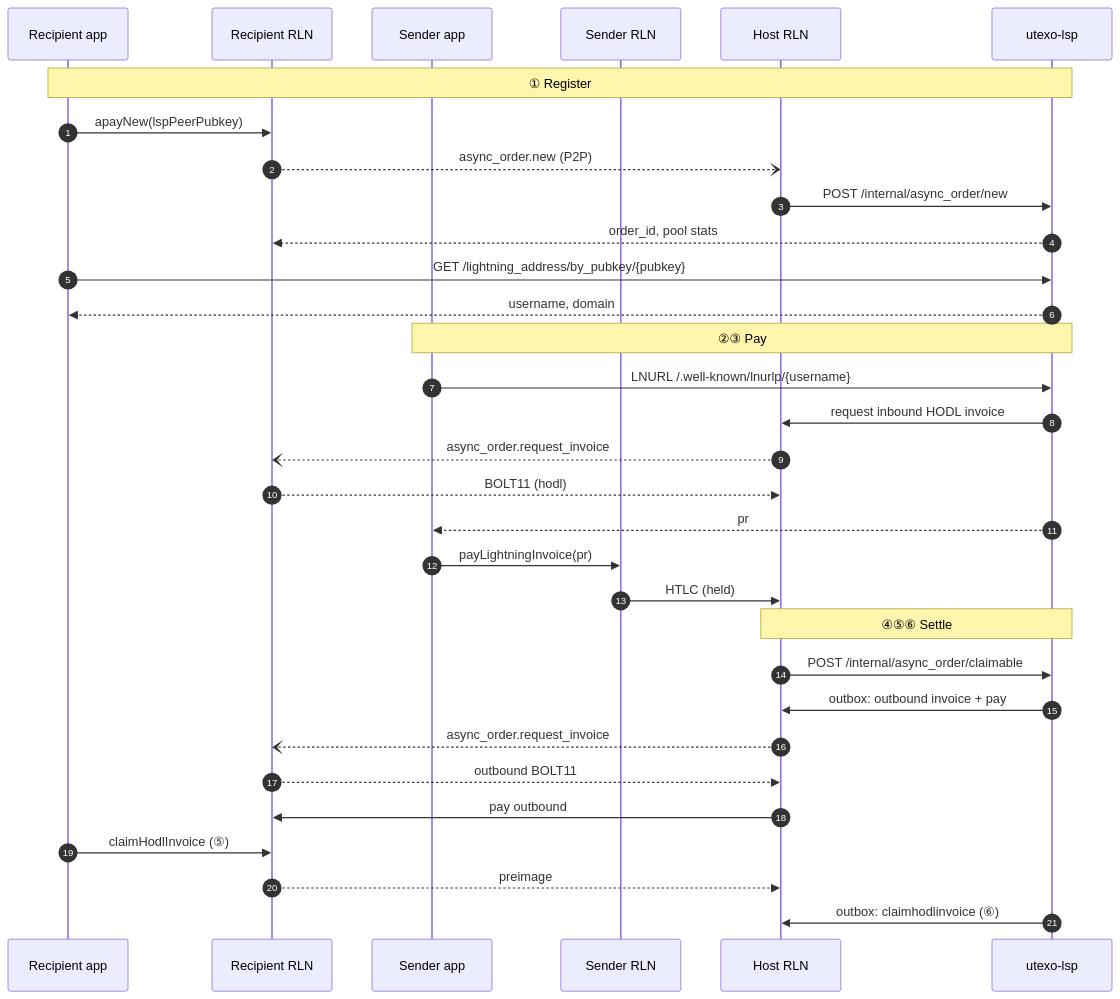
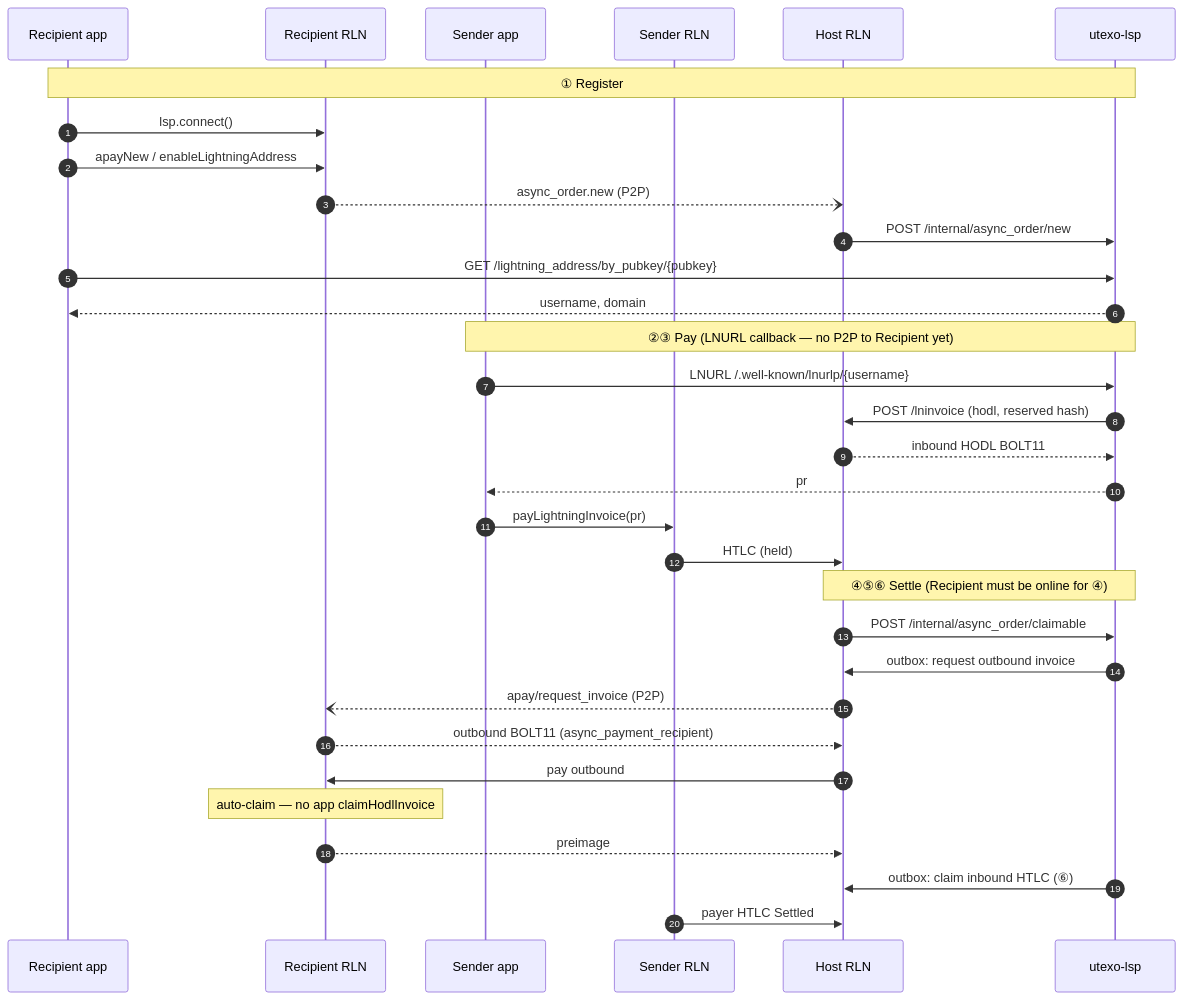
One commit to UTEXO-Protocol/rgb-sdk-rn changed the second of 2 diagrams in docs/async-payments.md. Above: the diagram before and after it, drawn with Mermaid. The commit also changed other lines of this file and 9 other files, not shown here.

Commit message:
feat: enable apay

````diff
--- a/docs/async-payments.md
+++ b/docs/async-payments.md
@@ -59,37 +63,37 @@
 ```mermaid
 sequenceDiagram
   autonumber
   participant RB as Recipient app
   participant RR as Recipient RLN
   participant SA as Sender app
   participant SR as Sender RLN
   participant H as Host RLN
   participant L as utexo-lsp
 
   Note over RB,L: ① Register
-  RB->>RR: apayNew(lspPeerPubkey)
+  RB->>RR: lsp.connect()
+  RB->>RR: apayNew / enableLightningAddress
   RR--)H: async_order.new (P2P)
   H->>L: POST /internal/async_order/new
-  L-->>RR: order_id, pool stats
   RB->>L: GET /lightning_address/by_pubkey/{pubkey}
   L-->>RB: username, domain
 
-  Note over SA,L: ②③ Pay
+  Note over SA,L: ②③ Pay (LNURL callback — no P2P to Recipient yet)
   SA->>L: LNURL /.well-known/lnurlp/{username}
-  L->>H: request inbound HODL invoice
-  H--)RR: async_order.request_invoice
-  RR-->>H: BOLT11 (hodl)
+  L->>H: POST /lninvoice (hodl, reserved hash)
+  H-->>L: inbound HODL BOLT11
   L-->>SA: pr
   SA->>SR: payLightningInvoice(pr)
   SR->>H: HTLC (held)
 
-  Note over H,L: ④⑤⑥ Settle
+  Note over H,L: ④⑤⑥ Settle (Recipient must be online for ④)
   H->>L: POST /internal/async_order/claimable
-  L->>H: outbox: outbound invoice + pay
-  H--)RR: async_order.request_invoice
-  RR-->>H: outbound BOLT11
+  L->>H: outbox: request outbound invoice
+  H--)RR: apay/request_invoice (P2P)
+  RR-->>H: outbound BOLT11 (async_payment_recipient)
   H->>RR: pay outbound
-  RB->>RR: claimHodlInvoice (⑤)
+  Note over RR: auto-claim — no app claimHodlInvoice
   RR-->>H: preimage
-  L->>H: outbox: claimhodlinvoice (⑥)
+  L->>H: outbox: claim inbound HTLC (⑥)
+  SR->>H: payer HTLC Settled
 ```
````
